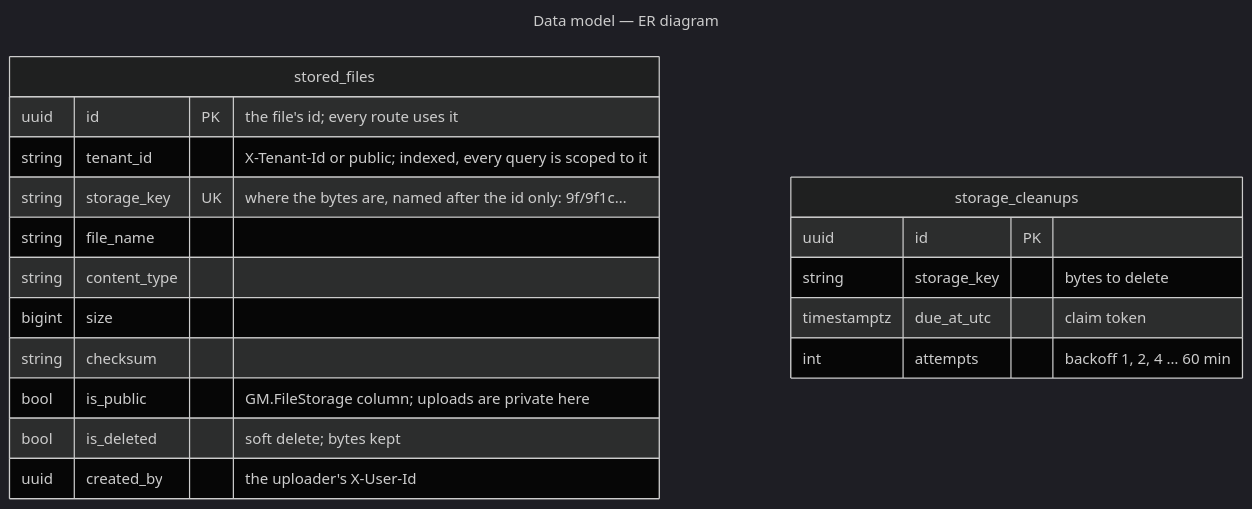
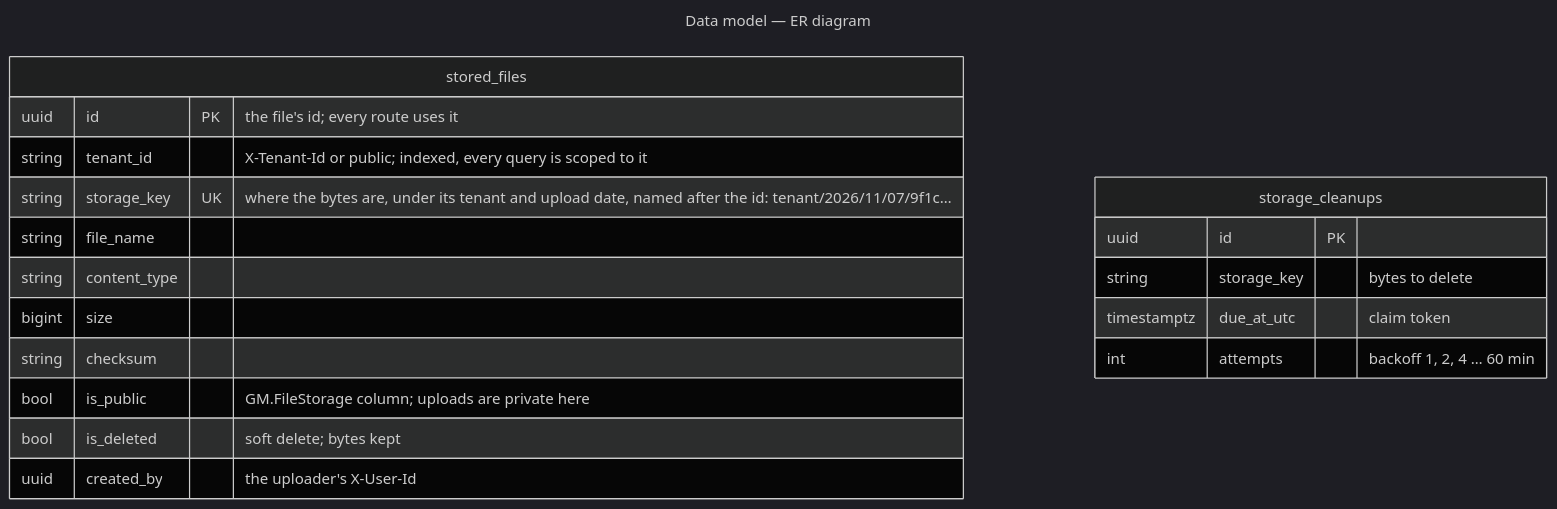
The third of 3 diagrams in docs/architecture.md (gmetskhvarishvili/GM.FileStorage.Samples), drawn with Mermaid (dark theme) before and after one commit. The commit also changed 9 other files, not shown here.

First line of the commit message:
feat: store files under their tenant and upload date

````diff
--- a/docs/architecture.md
+++ b/docs/architecture.md
@@ -94,24 +94,24 @@
 ```mermaid
 ---
 title: Data model — ER diagram
 ---
 erDiagram
     stored_files {
         uuid id PK "the file's id; every route uses it"
         string tenant_id "X-Tenant-Id or public; indexed, every query is scoped to it"
-        string storage_key UK "where the bytes are, named after the id only: 9f/9f1c…"
+        string storage_key UK "where the bytes are, under its tenant and upload date, named after the id: tenant/2026/11/07/9f1c…"
         string file_name
         string content_type
         bigint size
         string checksum
         bool is_public "GM.FileStorage column; uploads are private here"
         bool is_deleted "soft delete; bytes kept"
         uuid created_by "the uploader's X-User-Id"
     }
     storage_cleanups {
         uuid id PK
         string storage_key "bytes to delete"
         timestamptz due_at_utc "claim token"
         int attempts "backoff 1, 2, 4 … 60 min"
     }
 ```
````
